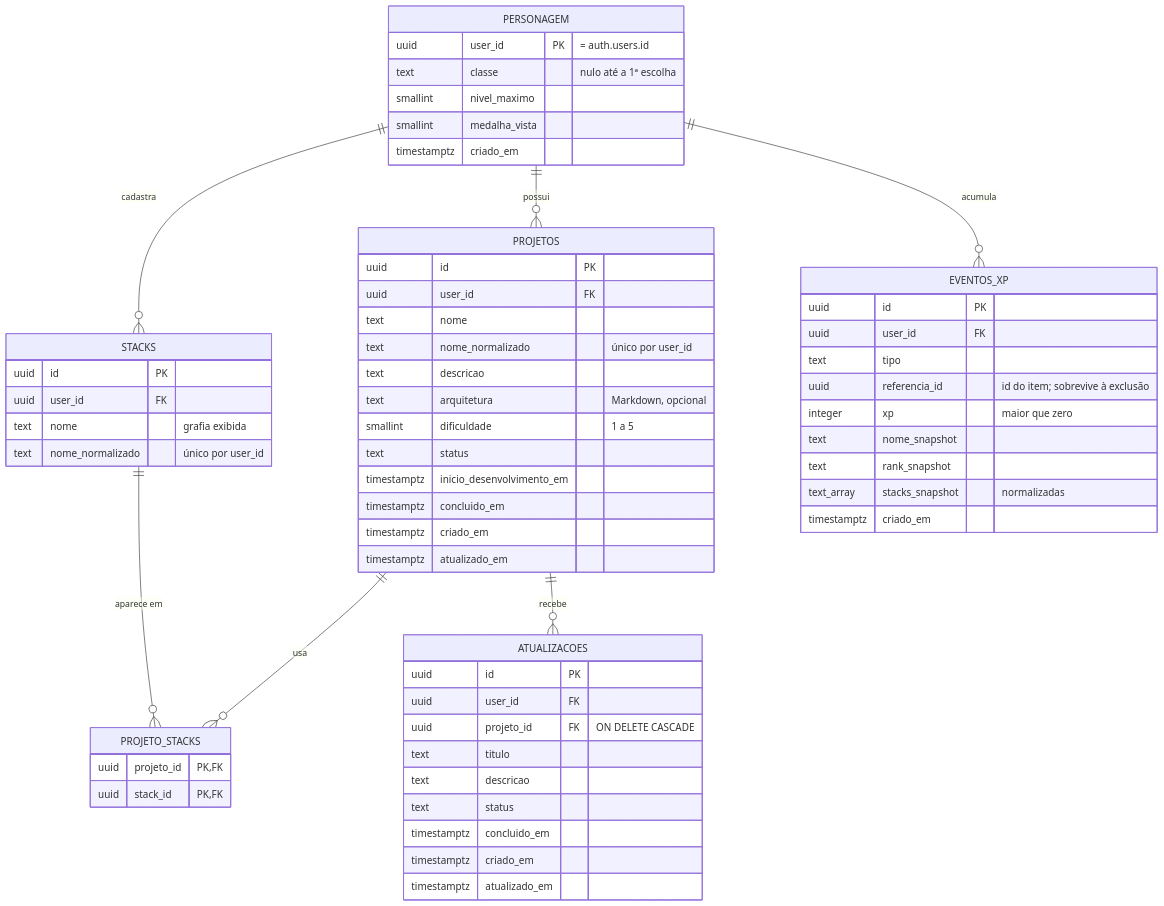
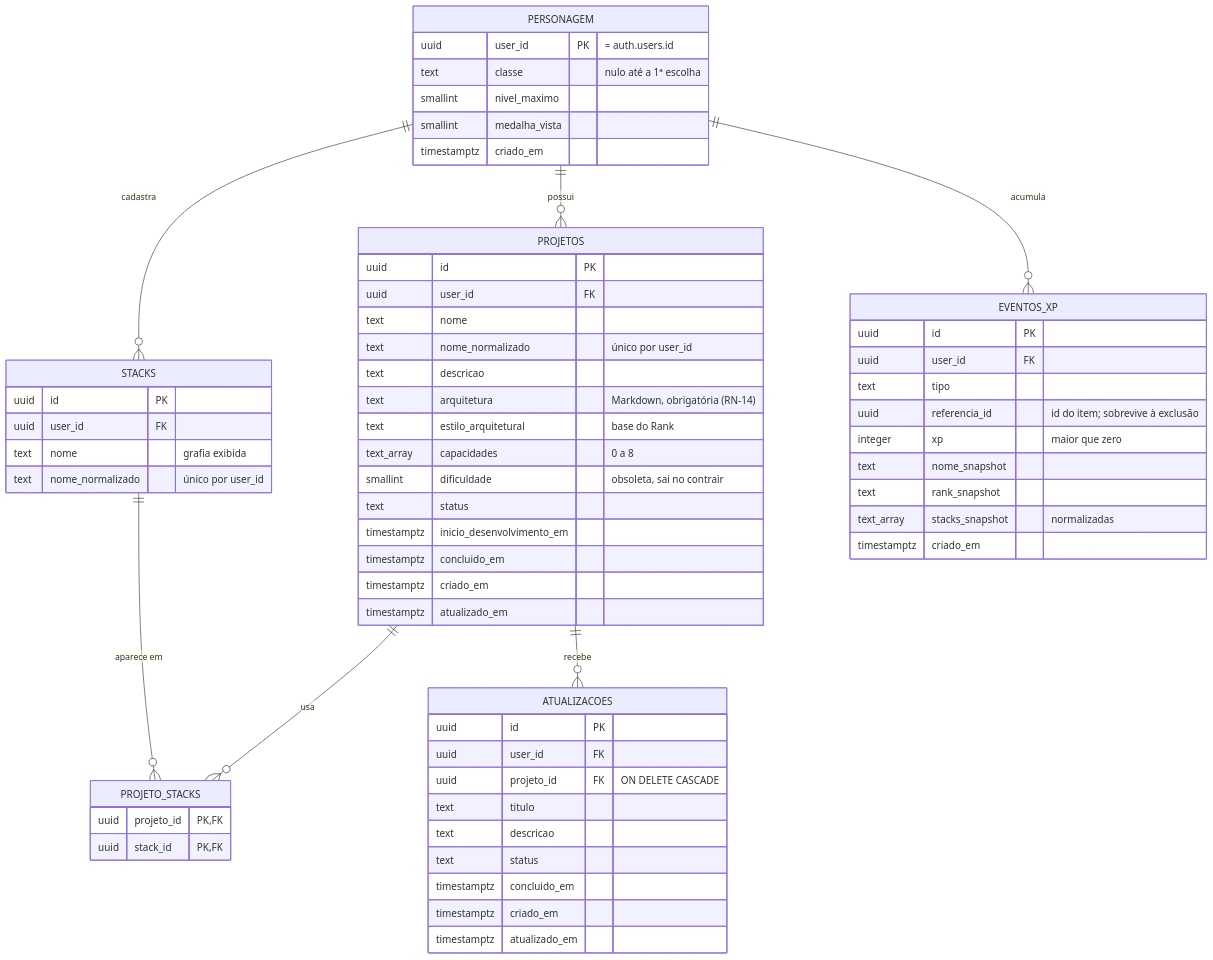
Before and after one commit to BrenoZG/gestor-projetos-rpg: the diagram in docs/modelo-de-dados.md, drawn with Mermaid. The commit also changed other lines of this file and 3 other files, not shown here.

Commit message:
docs: registra a RN-14 e a arquitetura obrigatória (requisitos 1.2)

````diff
--- a/docs/modelo-de-dados.md
+++ b/docs/modelo-de-dados.md
@@ -9,63 +9,65 @@
 ```mermaid
 erDiagram
     PERSONAGEM ||--o{ PROJETOS : possui
     PERSONAGEM ||--o{ STACKS : cadastra
     PROJETOS ||--o{ PROJETO_STACKS : usa
     STACKS ||--o{ PROJETO_STACKS : "aparece em"
     PROJETOS ||--o{ ATUALIZACOES : recebe
     PERSONAGEM ||--o{ EVENTOS_XP : acumula
 
     PERSONAGEM {
         uuid user_id PK "= auth.users.id"
         text classe "nulo até a 1ª escolha"
         smallint nivel_maximo
         smallint medalha_vista
         timestamptz criado_em
     }
     PROJETOS {
         uuid id PK
         uuid user_id FK
         text nome
         text nome_normalizado "único por user_id"
         text descricao
-        text arquitetura "Markdown, opcional"
-        smallint dificuldade "1 a 5"
+        text arquitetura "Markdown, obrigatória (RN-14)"
+        text estilo_arquitetural "base do Rank"
+        text_array capacidades "0 a 8"
+        smallint dificuldade "obsoleta, sai no contrair"
         text status
         timestamptz inicio_desenvolvimento_em
         timestamptz concluido_em
         timestamptz criado_em
         timestamptz atualizado_em
     }
     STACKS {
         uuid id PK
         uuid user_id FK
         text nome "grafia exibida"
         text nome_normalizado "único por user_id"
     }
     PROJETO_STACKS {
         uuid projeto_id PK, FK
         uuid stack_id PK, FK
     }
     ATUALIZACOES {
         uuid id PK
         uuid user_id FK
         uuid projeto_id FK "ON DELETE CASCADE"
         text titulo
         text descricao
         text status
         timestamptz concluido_em
         timestamptz criado_em
         timestamptz atualizado_em
     }
     EVENTOS_XP {
         uuid id PK
         uuid user_id FK
         text tipo
         uuid referencia_id "id do item; sobrevive à exclusão"
         integer xp "maior que zero"
         text nome_snapshot
         text rank_snapshot
         text_array stacks_snapshot "normalizadas"
         timestamptz criado_em
     }
 ```
````
